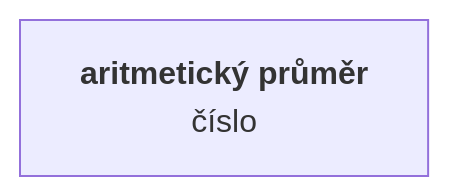
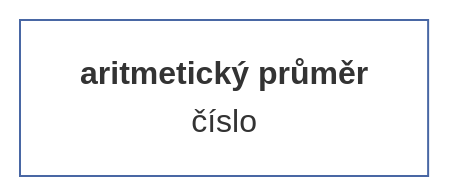
Before and after one commit to muzikp/retusa: the fourth of 23 diagrams in docs/cs-CZ/vector.md, drawn with Mermaid. The commit also changed other lines of this file and 17 other files, not shown here.

````diff
--- a/docs/cs-CZ/vector.md
+++ b/docs/cs-CZ/vector.md
@@ -105,4 +114,7 @@
 ```mermaid
 graph TD
-A[<b>aritmetický průměr<br></b>číslo]
+avg[<b>aritmetický průměr<br></b>číslo]
+style avg fill:#FFFFFF;
+style avg stroke:#4967A4;
+
 ```
````
